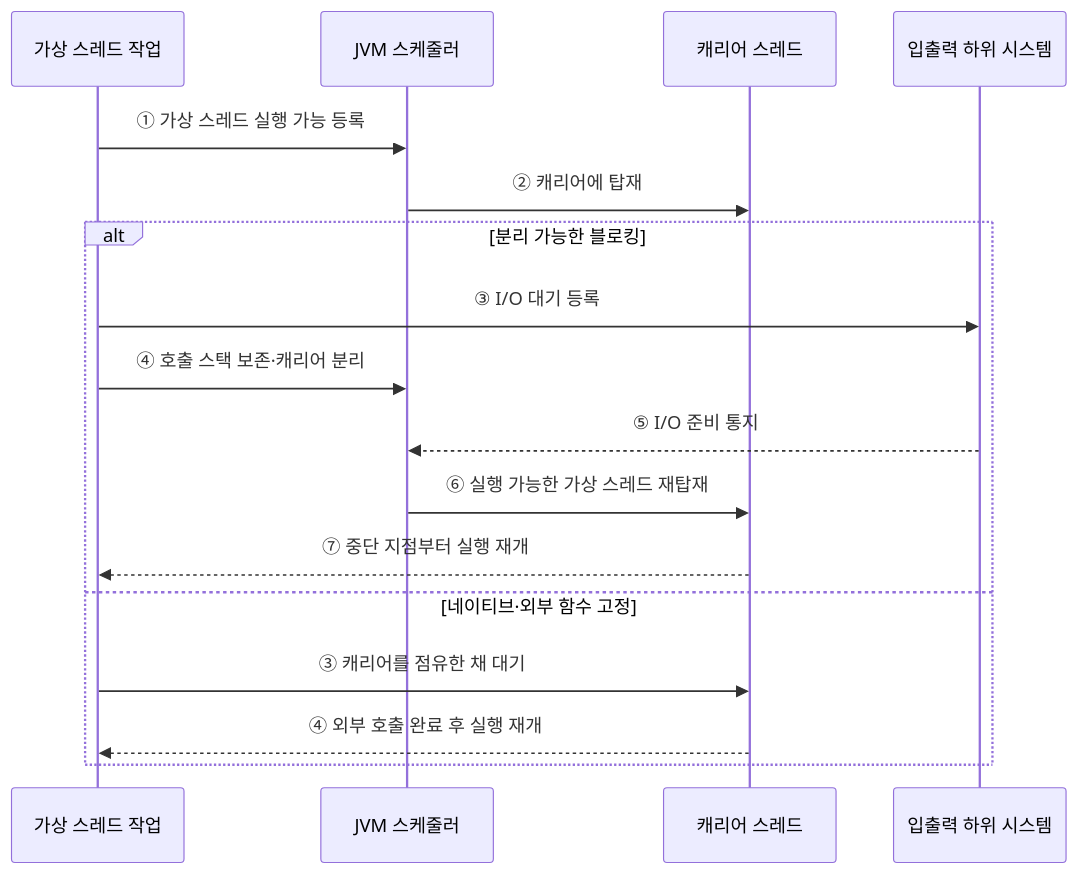
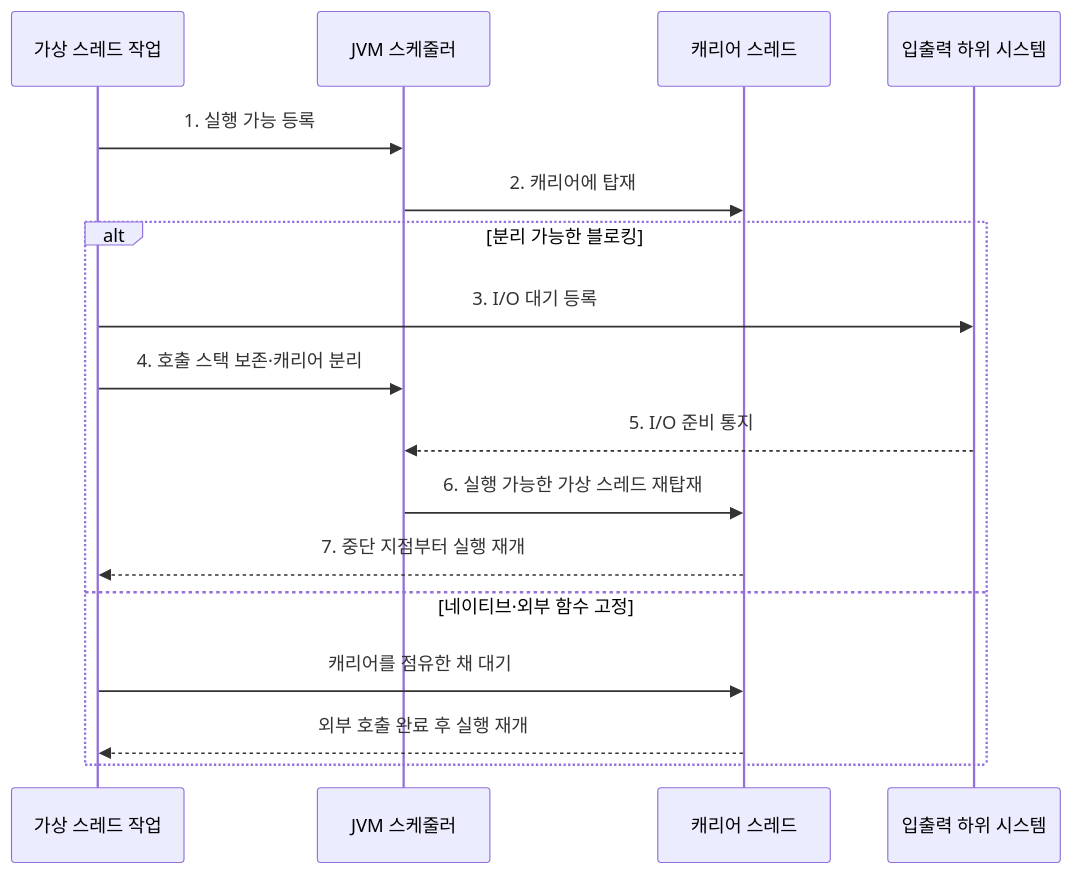
One commit to agnusdei1207/knowledge-base changed the second of 2 diagrams in src/content/docs/notes/03-software/025_virtual_thread.md. Above: the diagram before and after it, drawn with Mermaid. The commit also changed other lines of this file and 20 other files, not shown here.

````diff
--- a/src/content/docs/notes/03-software/025_virtual_thread.md
+++ b/src/content/docs/notes/03-software/025_virtual_thread.md
@@ -93,19 +90,19 @@
 ```mermaid
 sequenceDiagram
     participant V as 가상 스레드 작업
     participant S as JVM 스케줄러
     participant C as 캐리어 스레드
     participant I as 입출력 하위 시스템
-    V->>S: ① 가상 스레드 실행 가능 등록
-    S->>C: ② 캐리어에 탑재
+    V->>S: 1. 실행 가능 등록
+    S->>C: 2. 캐리어에 탑재
     alt 분리 가능한 블로킹
-        V->>I: ③ I/O 대기 등록
-        V->>S: ④ 호출 스택 보존·캐리어 분리
-        I-->>S: ⑤ I/O 준비 통지
-        S->>C: ⑥ 실행 가능한 가상 스레드 재탑재
-        C-->>V: ⑦ 중단 지점부터 실행 재개
+        V->>I: 3. I/O 대기 등록
+        V->>S: 4. 호출 스택 보존·캐리어 분리
+        I-->>S: 5. I/O 준비 통지
+        S->>C: 6. 실행 가능한 가상 스레드 재탑재
+        C-->>V: 7. 중단 지점부터 실행 재개
     else 네이티브·외부 함수 고정
-        V->>C: ③ 캐리어를 점유한 채 대기
-        C-->>V: ④ 외부 호출 완료 후 실행 재개
+        V->>C: 캐리어를 점유한 채 대기
+        C-->>V: 외부 호출 완료 후 실행 재개
     end
 ```
````
